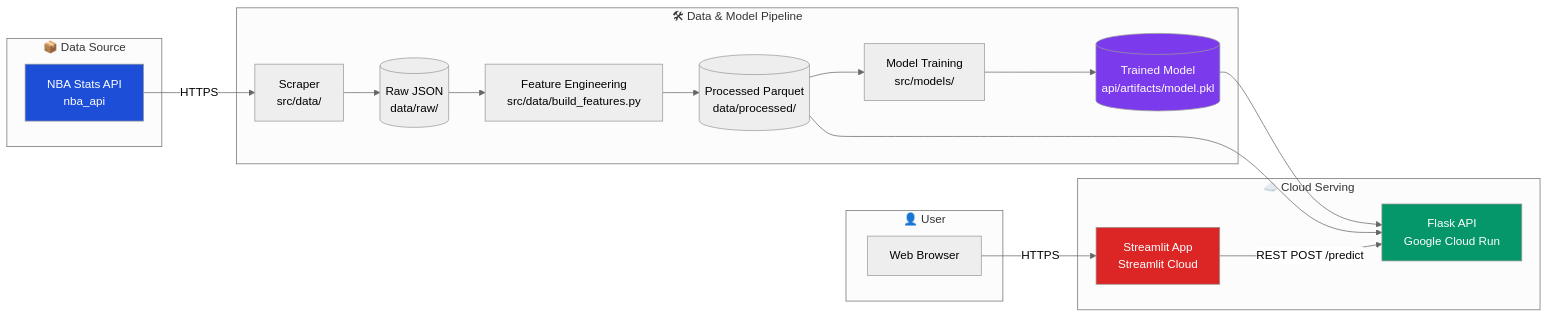
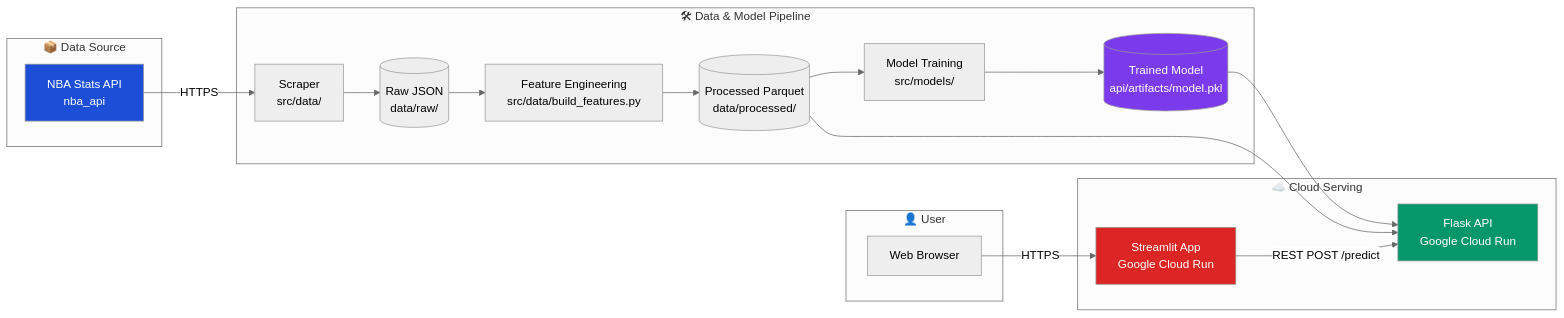
The diagram in README.md (hyuan21/stat418-final-project), drawn with Mermaid (neutral theme) before and after one commit. The commit also changed other lines of this file and 7 other files, not shown here.

First line of the commit message:
Deploy App to Cloud Run + update all docs with dual deployment URLs

````diff
--- a/README.md
+++ b/README.md
@@ -35,40 +44,40 @@
 ```mermaid
 flowchart LR
     subgraph DataSource["📦 Data Source"]
         NBA[NBA Stats API<br/>nba_api]
     end
 
     subgraph Pipeline["🛠 Data & Model Pipeline"]
         Scrape[Scraper<br/>src/data/]
         Raw[(Raw JSON<br/>data/raw/)]
         Feat[Feature Engineering<br/>src/data/build_features.py]
         Proc[(Processed Parquet<br/>data/processed/)]
         Train[Model Training<br/>src/models/]
         Model[(Trained Model<br/>api/artifacts/model.pkl)]
     end
 
     subgraph Serving["☁️ Cloud Serving"]
         API[Flask API<br/>Google Cloud Run]
-        APP[Streamlit App<br/>Streamlit Cloud]
+        APP[Streamlit App<br/>Google Cloud Run]
     end
 
     subgraph User["👤 User"]
         Browser[Web Browser]
     end
 
     NBA -->|HTTPS| Scrape
     Scrape --> Raw
     Raw --> Feat
     Feat --> Proc
     Proc --> Train
     Train --> Model
     Model --> API
     Proc --> API
     APP -->|REST POST /predict| API
     Browser -->|HTTPS| APP
 
     style NBA fill:#1d4ed8,color:#fff
     style API fill:#059669,color:#fff
     style APP fill:#dc2626,color:#fff
     style Model fill:#7c3aed,color:#fff
 ```
````
